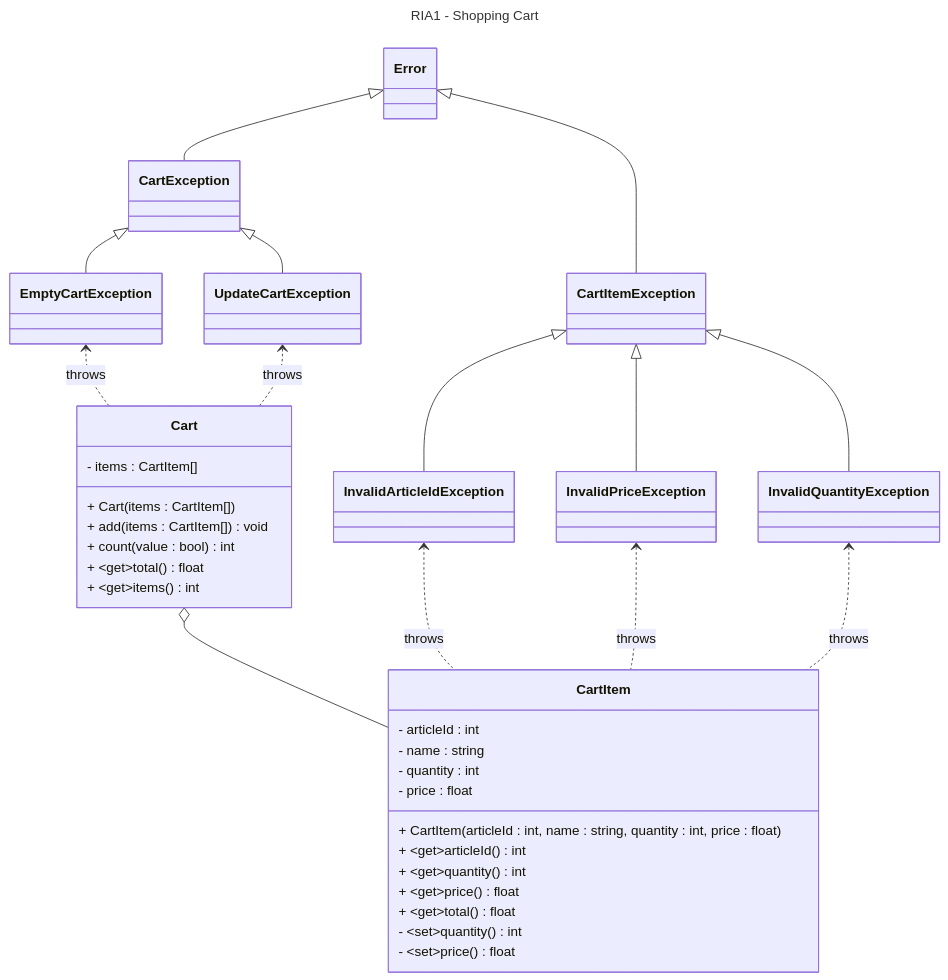
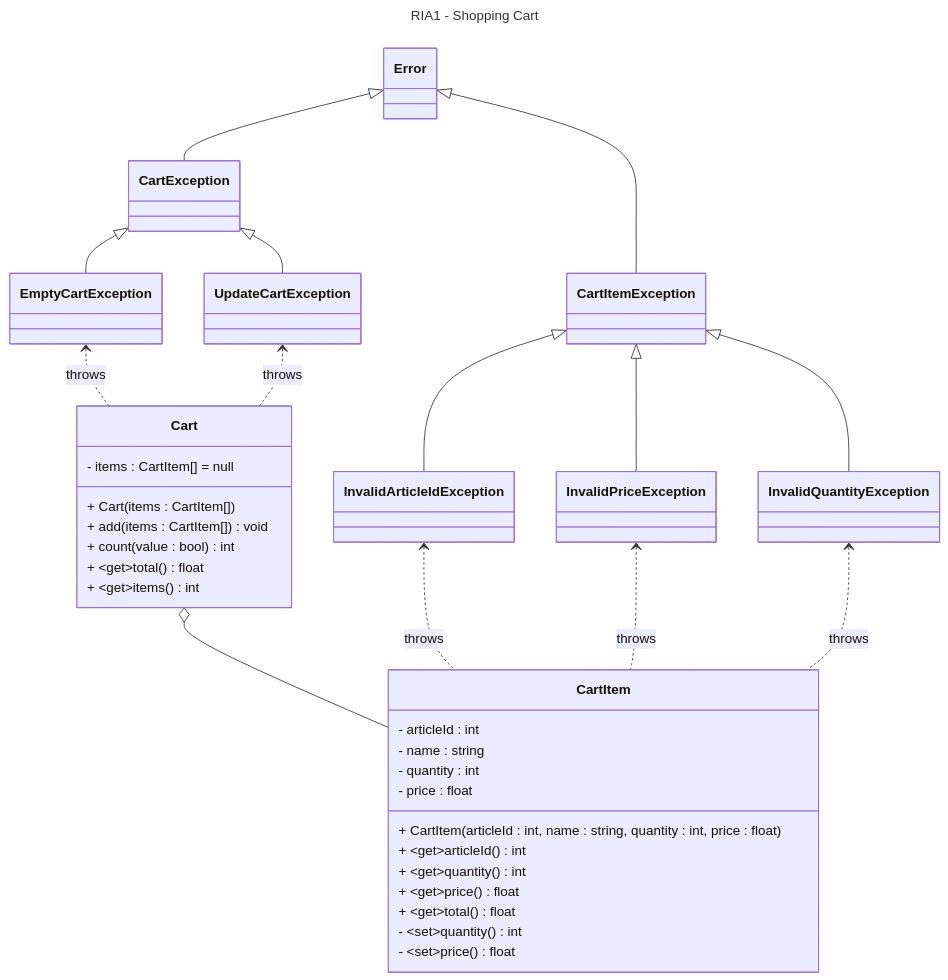
One commit to dieperid/Shopping changed the diagram in docs/class-diagram.md. Above: the diagram before and after it, drawn with Mermaid.

Commit message:
docs: updated class diagram

````diff
--- a/docs/class-diagram.md
+++ b/docs/class-diagram.md
@@ -1,58 +1,58 @@
 ```mermaid
 ---
 title: RIA1 - Shopping Cart
 ---
 classDiagram
     class CartItem {
         - articleId : int
         - name : string
         - quantity : int
         - price : float
 
         + CartItem(articleId : int, name : string, quantity : int, price : float)
         + ~get~articleId() int
         + ~get~quantity() int
         + ~get~price() float
         + ~get~total() float
         - ~set~quantity() int
         - ~set~price() float
     }
 
     class Cart {
-        - items : CartItem[]
+        - items : CartItem[] = null
 
         + Cart(items : CartItem[])
         + add(items : CartItem[]) void
         + count(value : bool) int
         + ~get~total() float
         + ~get~items() int
     }
 
     Cart o-- CartItem
 
     Error <|-- CartException
     Error <|-- CartItemException
 
     class CartItemException { }
     class InvalidArticleIdException { }
     class InvalidPriceException { }
     class InvalidQuantityException { }
 
     CartItemException <|-- InvalidArticleIdException
     CartItemException <|-- InvalidPriceException
     CartItemException <|-- InvalidQuantityException
 
     class CartException { }
     class EmptyCartException { }
     class UpdateCartException { }
 
     CartException <|-- EmptyCartException
     CartException <|-- UpdateCartException
 
     InvalidArticleIdException <.. CartItem : throws
     InvalidPriceException <.. CartItem : throws
     InvalidQuantityException <.. CartItem : throws
 
     EmptyCartException <.. Cart : throws
     UpdateCartException <.. Cart : throws
 ```
````
